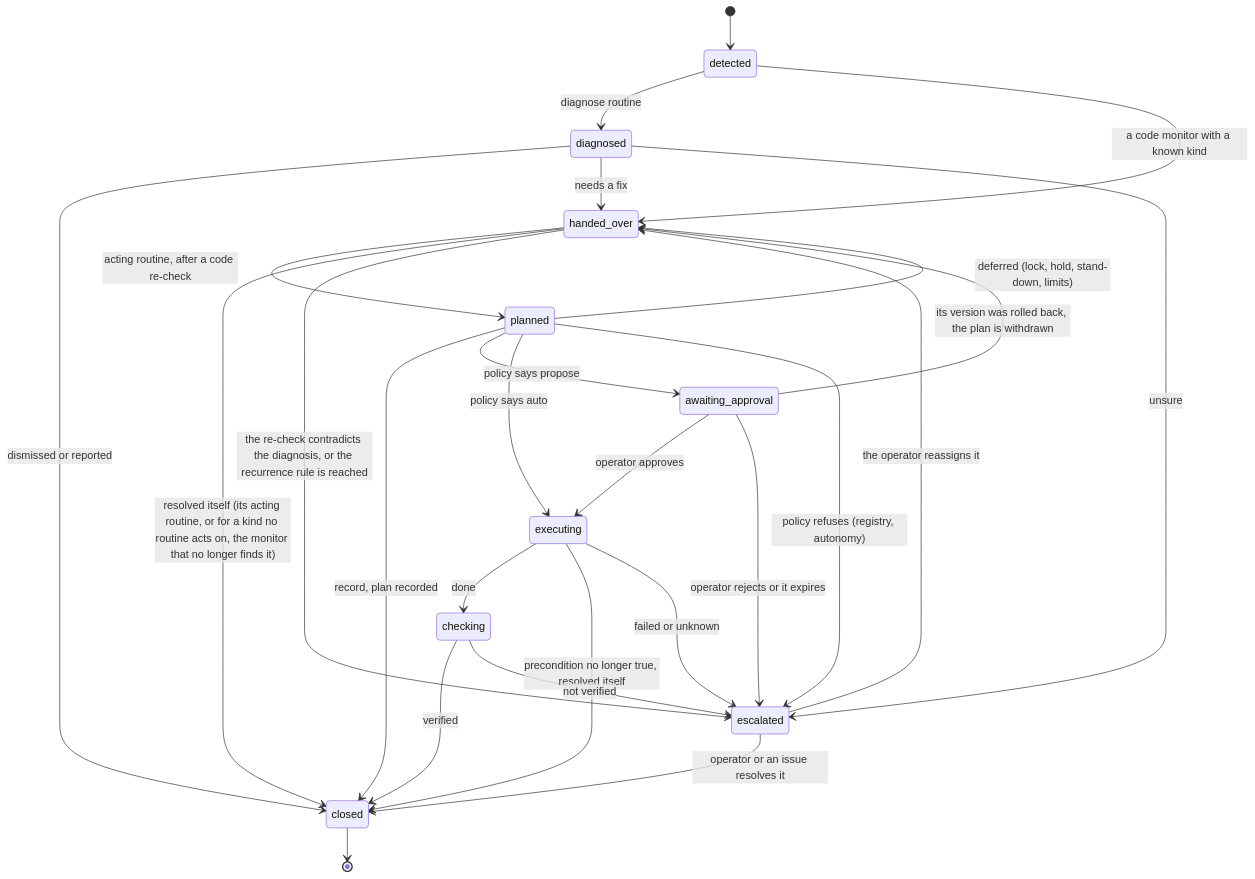
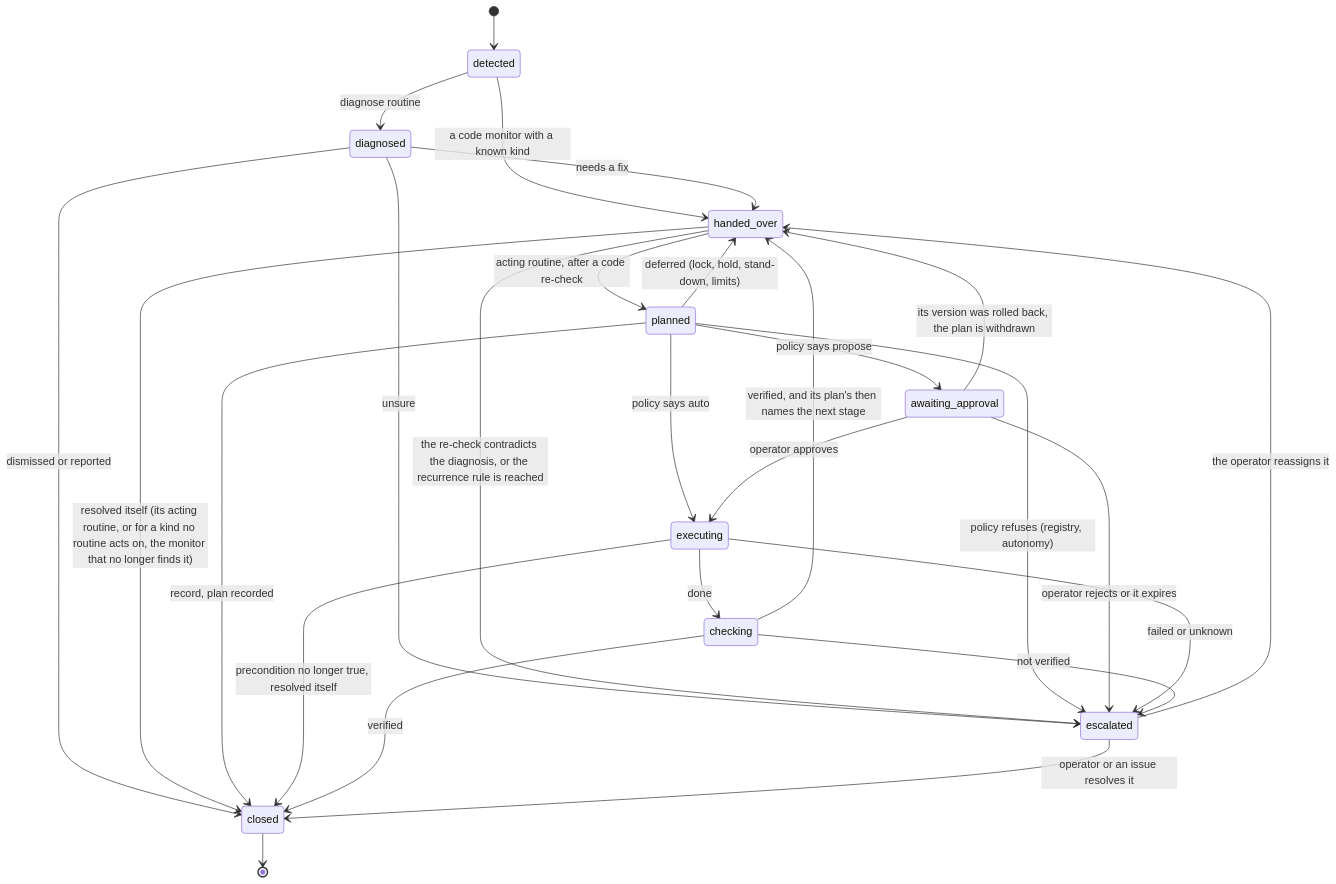
Before and after one commit to chipi/flotilla: the diagram in docs/architecture/run-lifecycle.md, drawn with Mermaid. The commit also changed other lines of this file and 7 other files, not shown here.

````diff
--- a/docs/architecture/run-lifecycle.md
+++ b/docs/architecture/run-lifecycle.md
@@ -11,28 +11,29 @@
 ```mermaid
 stateDiagram-v2
     [*] --> detected
     detected --> diagnosed: diagnose routine
     detected --> handed_over: a code monitor with a known kind
     diagnosed --> closed: dismissed or reported
     diagnosed --> handed_over: needs a fix
     diagnosed --> escalated: unsure
     handed_over --> planned: acting routine, after a code re-check
     handed_over --> closed: resolved itself (its acting routine, or for a kind no routine acts on, the monitor that no longer finds it)
     handed_over --> escalated: the re-check contradicts the diagnosis, or the recurrence rule is reached
     planned --> closed: record, plan recorded
     planned --> awaiting_approval: policy says propose
     planned --> executing: policy says auto
     planned --> handed_over: deferred (lock, hold, stand-down, limits)
     planned --> escalated: policy refuses (registry, autonomy)
     awaiting_approval --> executing: operator approves
     awaiting_approval --> escalated: operator rejects or it expires
     awaiting_approval --> handed_over: its version was rolled back, the plan is withdrawn
     executing --> checking: done
     executing --> closed: precondition no longer true, resolved itself
     executing --> escalated: failed or unknown
     checking --> closed: verified
     checking --> escalated: not verified
+    checking --> handed_over: verified, and its plan's then names the next stage
     escalated --> handed_over: the operator reassigns it
     escalated --> closed: operator or an issue resolves it
     closed --> [*]
 ```
````
